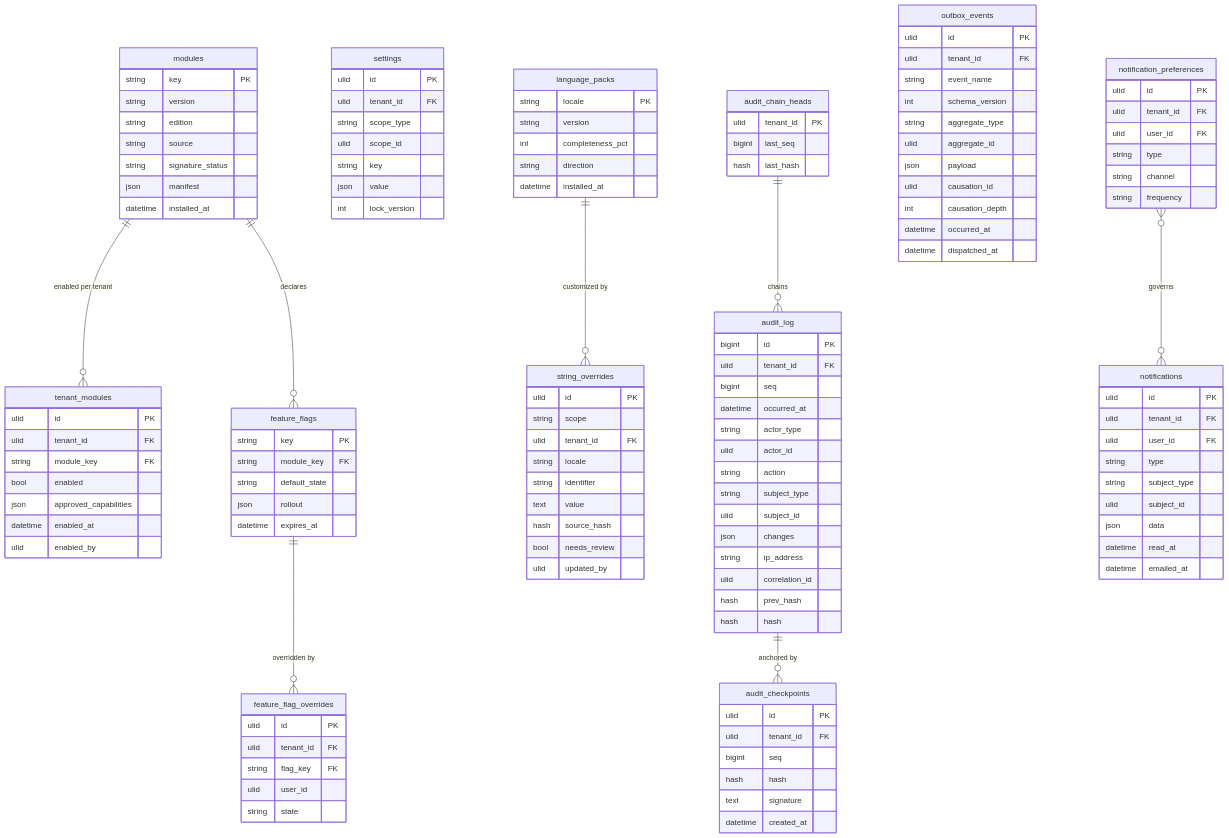
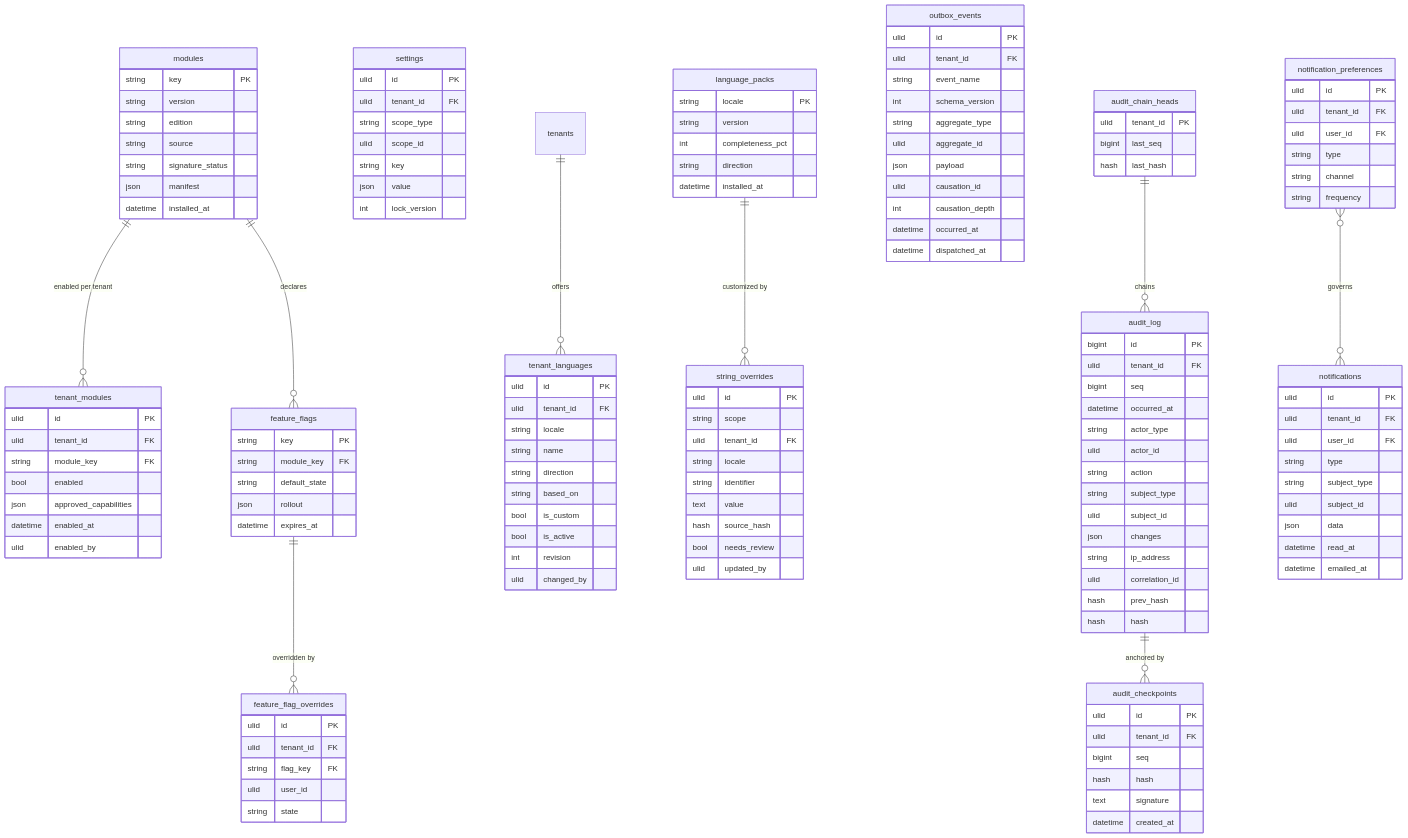
Before and after one commit to PROJEKTRA/projektrack: the second of 22 diagrams in docs/architecture/data-model.md, drawn with Mermaid. The commit also changed other lines of this file and 21 other files, not shown here.

```diff
--- a/docs/architecture/data-model.md
+++ b/docs/architecture/data-model.md
@@ -398,6 +398,18 @@
         int completeness_pct
         string direction
         datetime installed_at
+    }
+    tenant_languages {
+        ulid id PK
+        ulid tenant_id FK
+        string locale
+        string name
+        string direction
+        string based_on
+        bool is_custom
+        bool is_active
+        int revision
+        ulid changed_by
     }
     string_overrides {
         ulid id PK
@@ -476,6 +488,7 @@
     modules ||--o{ feature_flags : declares
     feature_flags ||--o{ feature_flag_overrides : "overridden by"
     language_packs ||--o{ string_overrides : "customized by"
+    tenants ||--o{ tenant_languages : "offers"
     audit_chain_heads ||--o{ audit_log : chains
     audit_log ||--o{ audit_checkpoints : "anchored by"
     notification_preferences }o--o{ notifications : governs
```
